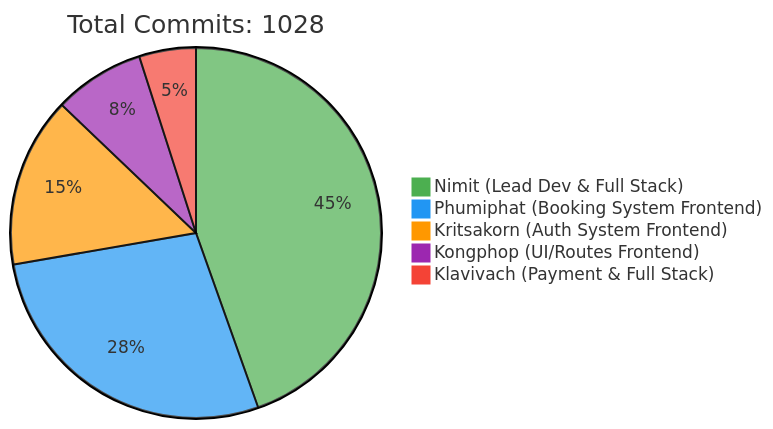
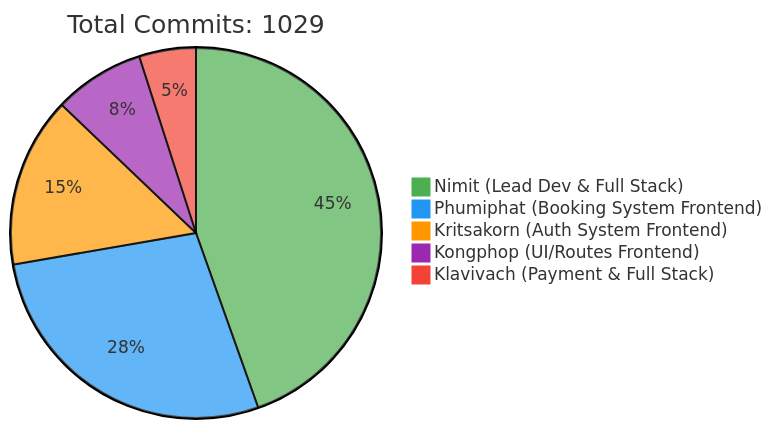
The first of 2 diagrams in README.md (6531503042/Sport-Complex), drawn with Mermaid before and after one commit. The commit also changed other lines of this file, not shown here.

Commit message:
docs: Update contributor statistics [skip ci]

````diff
--- a/README.md
+++ b/README.md
@@ -240,10 +240,10 @@
 ```mermaid
 %%{init: {'theme': 'base', 'themeVariables': { 'pie1': '#4CAF50', 'pie2': '#2196F3', 'pie3': '#FF9800', 'pie4': '#9C27B0', 'pie5': '#F44336'}}}%%
 pie
-    title Total Commits: 1028
+    title Total Commits: 1029
     "Nimit (Lead Dev & Full Stack)" : 450
     "Phumiphat (Booking System Frontend)" : 280
     "Kritsakorn (Auth System Frontend)" : 150
     "Kongphop (UI/Routes Frontend)" : 80
     "Klavivach (Payment & Full Stack)" : 50
 ```
````
